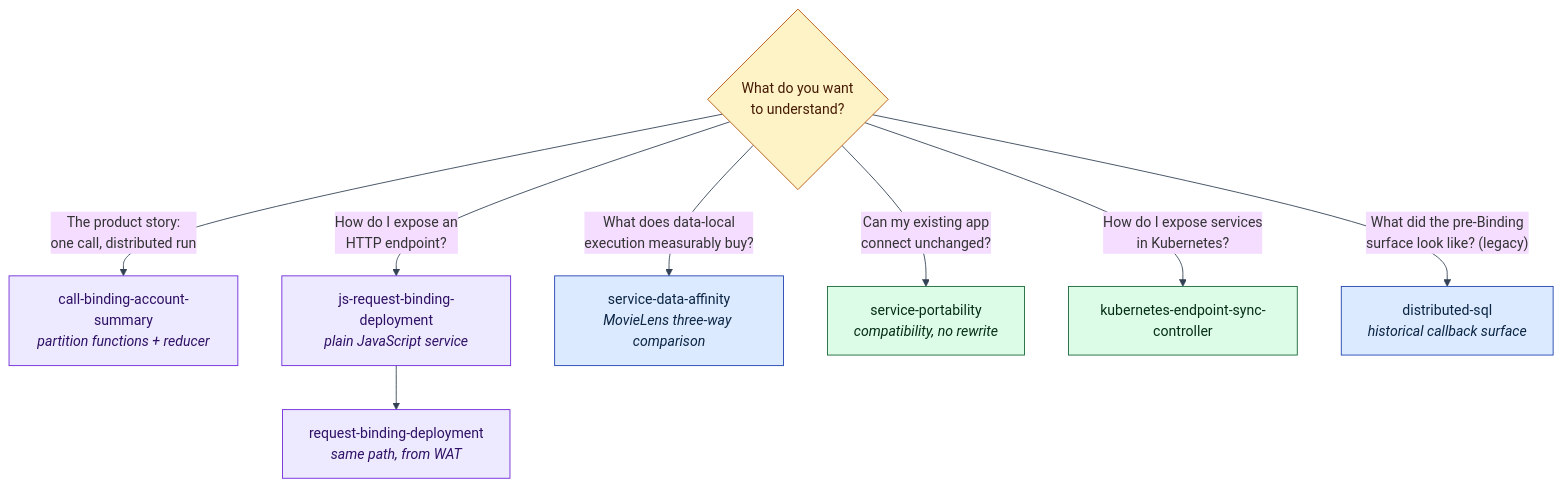
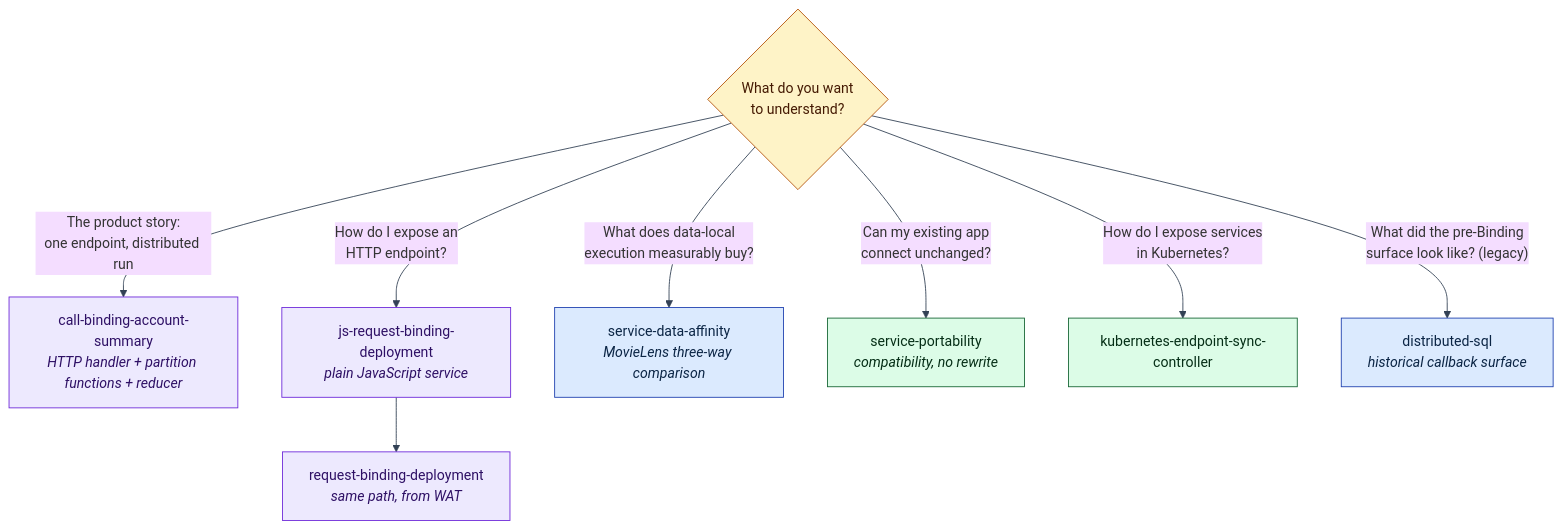
One commit to psvensson/lagrange changed the third of 3 diagrams in examples/README.md. Above: the diagram before and after it, drawn with Mermaid. The commit also changed other lines of this file and 30 other files, not shown here.

First line of the commit message:
http-to-call-composition-proof: One immutable Artifact with request and…

````diff
--- a/examples/README.md
+++ b/examples/README.md
@@ -110,17 +110,17 @@
 ```mermaid
 %%{init: {'theme':'base','themeVariables':{'background':'#ffffff','lineColor':'#334155','textColor':'#0f172a'}}}%%
 flowchart TD
   Q1{"What do you want<br/>to understand?"}:::ctrl
-  Q1 -- "The product story:<br/>one call, distributed run" --> CB["call-binding-account-summary<br/><i>partition functions + reducer</i>"]:::move
+  Q1 -- "The product story:<br/>one endpoint, distributed run" --> CB["call-binding-account-summary<br/><i>HTTP handler + partition functions + reducer</i>"]:::move
   Q1 -- "How do I expose an<br/>HTTP endpoint?" --> JS["js-request-binding-deployment<br/><i>plain JavaScript service</i>"]:::move
   JS --> RB["request-binding-deployment<br/><i>same path, from WAT</i>"]:::move
   Q1 -- "What does data-local<br/>execution measurably buy?" --> DA["service-data-affinity<br/><i>MovieLens three-way comparison</i>"]:::data
   Q1 -- "Can my existing app<br/>connect unchanged?" --> SP["service-portability<br/><i>compatibility, no rewrite</i>"]:::svc
   Q1 -- "How do I expose services<br/>in Kubernetes?" --> K8["kubernetes-endpoint-sync-controller"]:::svc
   Q1 -- "What did the pre-Binding<br/>surface look like? (legacy)" --> DS["distributed-sql<br/><i>historical callback surface</i>"]:::data
 
   classDef data fill:#dbeafe,stroke:#1e40af,color:#0b2545
   classDef svc fill:#dcfce7,stroke:#166534,color:#052e16
   classDef ctrl fill:#fef3c7,stroke:#b45309,color:#451a03
   classDef move fill:#ede9fe,stroke:#6d28d9,color:#2e1065
 ```
````
